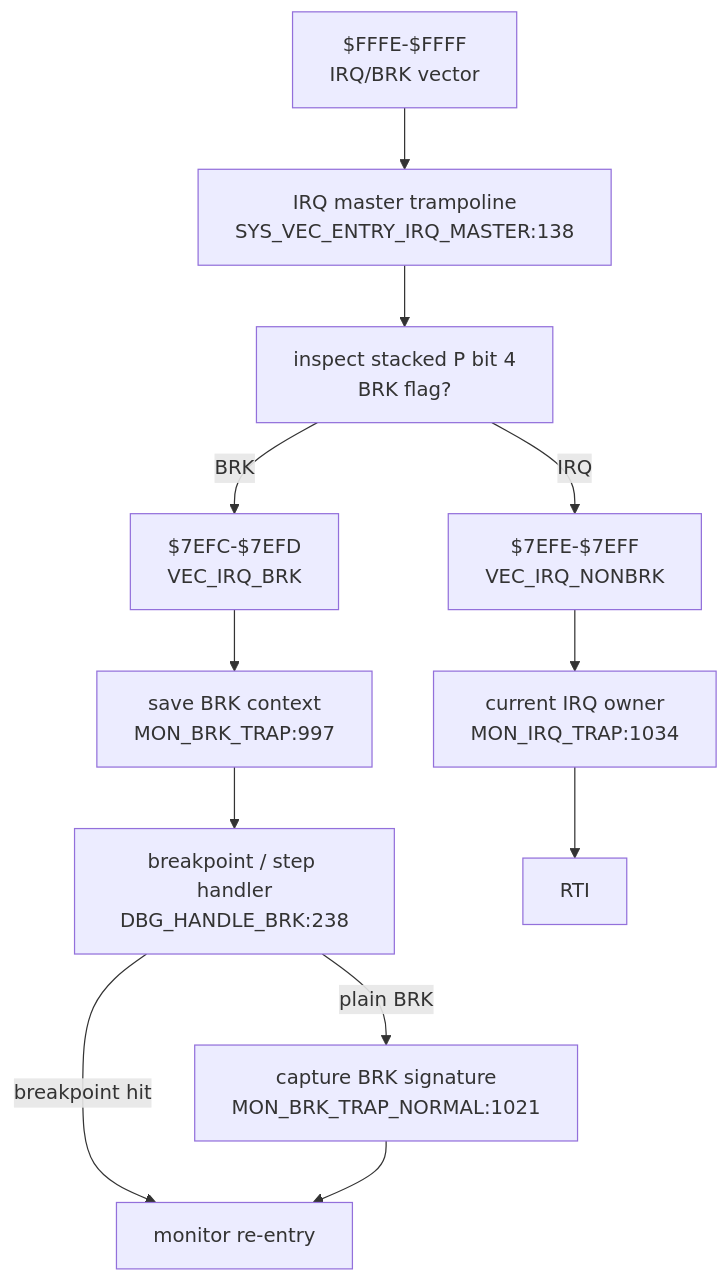
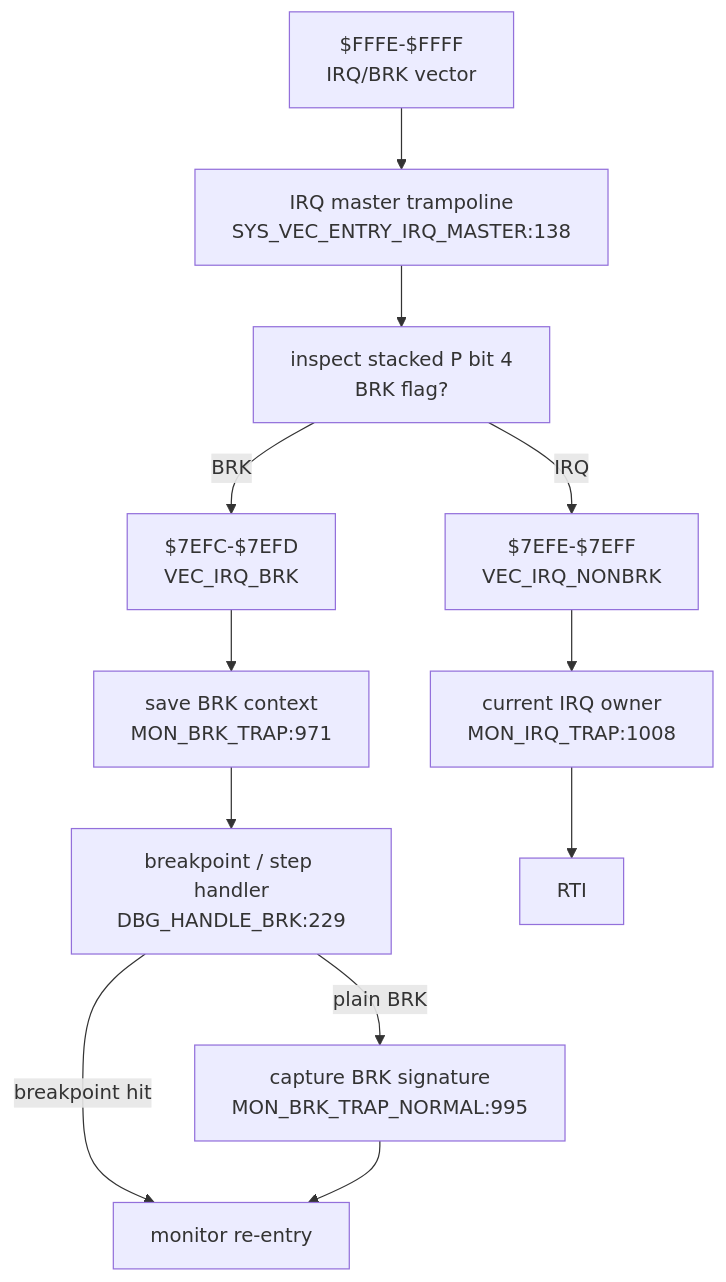
Before and after one commit to 95westus/R-YORS: the fifth of 6 diagrams in DOC/GENERATED/INTERRUPT_VECTOR_MAP.md, drawn with Mermaid. The commit also changed other lines of this file and 53 other files, not shown here.

````diff
--- a/DOC/GENERATED/INTERRUPT_VECTOR_MAP.md
+++ b/DOC/GENERATED/INTERRUPT_VECTOR_MAP.md
@@ -75,14 +75,14 @@
 ```mermaid
 flowchart TD
     IRQV["$FFFE-$FFFF<br/>IRQ/BRK vector"] --> IRQMASTER["IRQ master trampoline<br/>SYS_VEC_ENTRY_IRQ_MASTER:138"]
     IRQMASTER --> SPLIT["inspect stacked P bit 4<br/>BRK flag?"]
     SPLIT -->|BRK| VECBRK["$7EFC-$7EFD<br/>VEC_IRQ_BRK"]
     SPLIT -->|IRQ| VECIRQ["$7EFE-$7EFF<br/>VEC_IRQ_NONBRK"]
-    VECBRK --> BRKTRAP["save BRK context<br/>MON_BRK_TRAP:997"]
-    BRKTRAP --> DBGBRK["breakpoint / step handler<br/>DBG_HANDLE_BRK:238"]
+    VECBRK --> BRKTRAP["save BRK context<br/>MON_BRK_TRAP:971"]
+    BRKTRAP --> DBGBRK["breakpoint / step handler<br/>DBG_HANDLE_BRK:229"]
     DBGBRK -->|breakpoint hit| REENTER["monitor re-entry"]
-    DBGBRK -->|plain BRK| BRKNORMAL["capture BRK signature<br/>MON_BRK_TRAP_NORMAL:1021"]
+    DBGBRK -->|plain BRK| BRKNORMAL["capture BRK signature<br/>MON_BRK_TRAP_NORMAL:995"]
     BRKNORMAL --> REENTER
-    VECIRQ --> IRQTRAP["current IRQ owner<br/>MON_IRQ_TRAP:1034"]
+    VECIRQ --> IRQTRAP["current IRQ owner<br/>MON_IRQ_TRAP:1008"]
     IRQTRAP --> RTIIRQ["RTI"]
 ```
````
